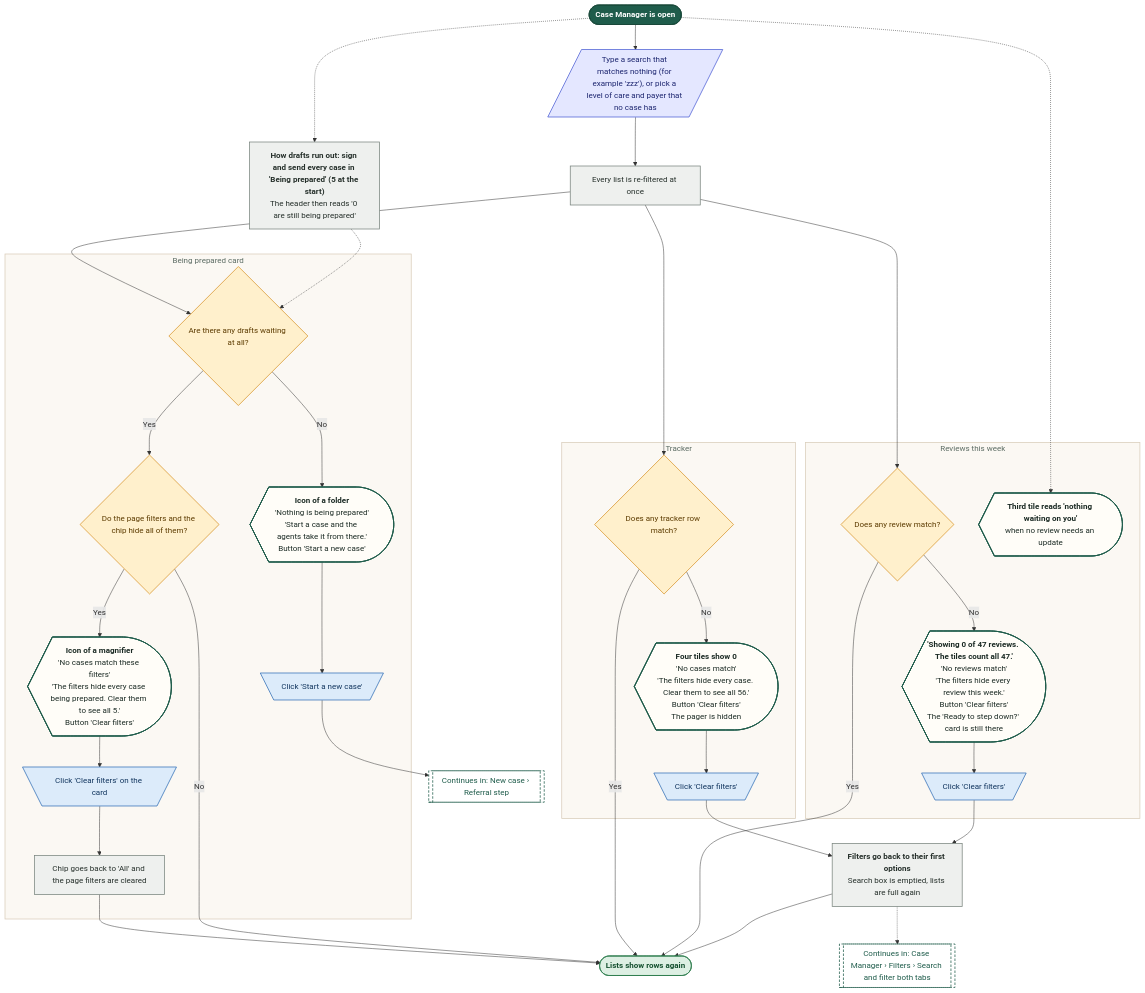
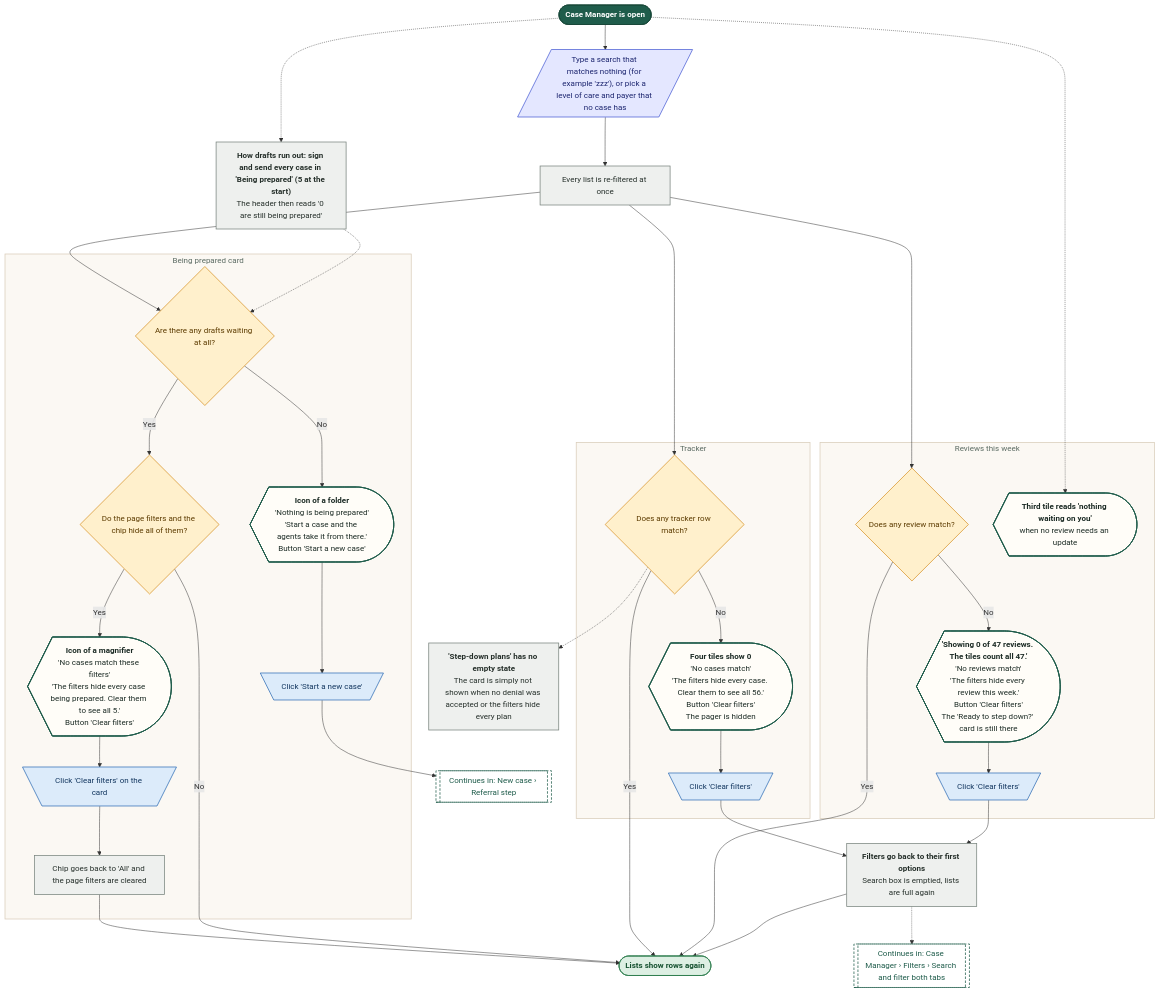
Before and after one commit to Shrav143/psyfloapp: diagram 19 of 21 in demos/prior-auth-demo/workflows/out/md/07-case-manager.md, drawn with Mermaid. The commit also changed other lines of this file and 195 other files, not shown here.

First line of the commit message:
docs: Rebuild workflow diagrams after the demo fixes (220 diagrams)

````diff
--- a/demos/prior-auth-demo/workflows/out/md/07-case-manager.md
+++ b/demos/prior-auth-demo/workflows/out/md/07-case-manager.md
@@ -1117,76 +1351,78 @@
 ```mermaid
 %%{init: {"theme":"base","themeVariables":{"fontFamily":"'DM Sans', 'Segoe UI', system-ui, sans-serif","fontSize":"15px","lineColor":"#5B6B63","primaryTextColor":"#1C2B25","clusterBkg":"#FBF8F3","clusterBorder":"#D9CDBB","edgeLabelBackground":"#FFFFFF"},"flowchart":{"curve":"basis","nodeSpacing":36,"rankSpacing":48,"padding":12,"htmlLabels":true,"useMaxWidth":false,"wrappingWidth":230}} }%%
 flowchart TD
   classDef k_start fill:#1F5C4B,stroke:#174638,color:#FFFFFF,stroke-width:1.5px,font-weight:600
   classDef k_end fill:#DDEFE3,stroke:#2E7D4F,color:#14502F,stroke-width:1.5px,font-weight:600
   classDef k_endx fill:#FBE3E0,stroke:#C0392B,color:#7A1F16,stroke-width:1.5px,font-weight:600
   classDef k_screen fill:#FFFDF8,stroke:#1F5C4B,color:#1C2B25,stroke-width:2px
   classDef k_overlay fill:#F1F7F3,stroke:#1F5C4B,color:#1C2B25,stroke-width:2px,stroke-dasharray:5 3
   classDef k_click fill:#DCEBFA,stroke:#2F6DB5,color:#12365F,stroke-width:1.5px
   classDef k_input fill:#E4E7FF,stroke:#4C5FD5,color:#1D2670,stroke-width:1.5px
   classDef k_process fill:#EEF0EE,stroke:#7A857F,color:#26302B,stroke-width:1.5px
   classDef k_agent fill:#EEE5FA,stroke:#7A4FC2,color:#341A63,stroke-width:1.5px
   classDef k_decision fill:#FFF0CC,stroke:#D9962B,color:#5C3B00,stroke-width:1.5px
   classDef k_store fill:#D5F0EA,stroke:#1C8E7B,color:#0B4A3F,stroke-width:1.5px
   classDef k_doc fill:#F6E9DC,stroke:#B07A4C,color:#4A2E14,stroke-width:1.5px
   classDef k_ext fill:#FFE6D2,stroke:#E07B39,color:#6B2F06,stroke-width:1.5px
   classDef k_wait fill:#E4E8EE,stroke:#6B7C93,color:#26303D,stroke-width:1.5px
   classDef k_toast fill:#FFF9DB,stroke:#C9A400,color:#5A4A00,stroke-width:1.5px
   classDef k_goto fill:#FFFFFF,stroke:#1F5C4B,color:#1F5C4B,stroke-width:1.5px,stroke-dasharray:5 3
   s1@{ shape: stadium, label: "Case Manager is open" }
   i1@{ shape: lean-r, label: "Type a search that matches nothing (for example 'zzz'), or pick a level of care and payer that no case has" }
   p1@{ shape: rect, label: "Every list is re-filtered at once" }
   subgraph gPrep ["Being prepared card"]
   d1@{ shape: diam, label: "Are there any drafts waiting at all?" }
   e1s@{ shape: curv-trap, label: "<b>Icon of a folder</b><br/>'Nothing is being prepared'<br/>'Start a case and the agents take it from there.'<br/>Button 'Start a new case'" }
   c1@{ shape: trap-t, label: "Click 'Start a new case'" }
   d2@{ shape: diam, label: "Do the page filters and the chip hide all of them?" }
   e2s@{ shape: curv-trap, label: "<b>Icon of a magnifier</b><br/>'No cases match these filters'<br/>'The filters hide every case being prepared. Clear them to see all 5.'<br/>Button 'Clear filters'" }
   c2@{ shape: trap-t, label: "Click 'Clear filters' on the card" }
   p2@{ shape: rect, label: "Chip goes back to 'All' and the page filters are cleared" }
   end
   subgraph gTrack ["Tracker"]
   d3@{ shape: diam, label: "Does any tracker row match?" }
   e3s@{ shape: curv-trap, label: "<b>Four tiles show 0</b><br/>'No cases match'<br/>'The filters hide every case. Clear them to see all 56.'<br/>Button 'Clear filters'<br/>The pager is hidden" }
   c3@{ shape: trap-t, label: "Click 'Clear filters'" }
   end
   subgraph gRev ["Reviews this week"]
   d4@{ shape: diam, label: "Does any review match?" }
   e4s@{ shape: curv-trap, label: "<b>'Showing 0 of 47 reviews. The tiles count all 47.'</b><br/>'No reviews match'<br/>'The filters hide every review this week.'<br/>Button 'Clear filters'<br/>The 'Ready to step down?' card is still there" }
   c4@{ shape: trap-t, label: "Click 'Clear filters'" }
   e5s@{ shape: curv-trap, label: "<b>Third tile reads 'nothing waiting on you'</b><br/>when no review needs an update" }
   end
   p3@{ shape: rect, label: "<b>Filters go back to their first options</b><br/>Search box is emptied, lists are full again" }
   g1@{ shape: subproc, label: "Continues in: Case Manager › Filters › Search and filter both tabs" }
   g2@{ shape: subproc, label: "Continues in: New case › Referral step" }
   p4@{ shape: rect, label: "<b>How drafts run out: sign and send every case in 'Being prepared' (5 at the start)</b><br/>The header then reads '0 are still being prepared'" }
+  p5@{ shape: rect, label: "<b>'Step-down plans' has no empty state</b><br/>The card is simply not shown when no denial was accepted or the filters hide every plan" }
   e1@{ shape: stadium, label: "Lists show rows again" }
   s1 --> i1 --> p1
   p1 --> d1
   d1 -->|"No"| e1s --> c1 --> g2
   d1 -->|"Yes"| d2
   d2 -->|"Yes"| e2s --> c2 --> p2 --> e1
   d2 -->|"No"| e1
   p1 --> d3
   d3 -->|"No"| e3s --> c3 --> p3
   d3 -->|"Yes"| e1
   p1 --> d4
   d4 -->|"No"| e4s --> c4 --> p3
   d4 -->|"Yes"| e1
   p3 --> e1
   p3 -.-> g1
   s1 -.-> p4
   p4 -.-> d1
   s1 -.-> e5s
+  d3 -.-> p5
   class s1 k_start
   class i1 k_input
-  class p1,p2,p3,p4 k_process
+  class p1,p2,p3,p4,p5 k_process
   class d1,d2,d3,d4 k_decision
   class e1s,e2s,e3s,e4s,e5s k_screen
   class c1,c2,c3,c4 k_click
   class g1,g2 k_goto
   class e1 k_end
   style gPrep fill:#FBF8F3,stroke:#D9CDBB,stroke-width:1.5px,color:#5B6B63
   style gTrack fill:#FBF8F3,stroke:#D9CDBB,stroke-width:1.5px,color:#5B6B63
   style gRev fill:#FBF8F3,stroke:#D9CDBB,stroke-width:1.5px,color:#5B6B63
 ```
````
